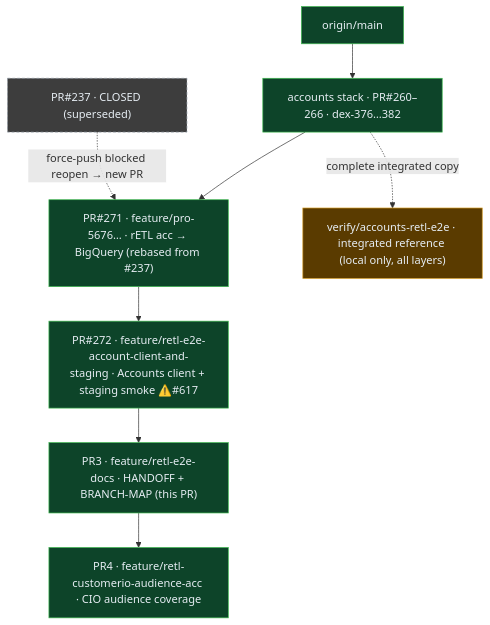
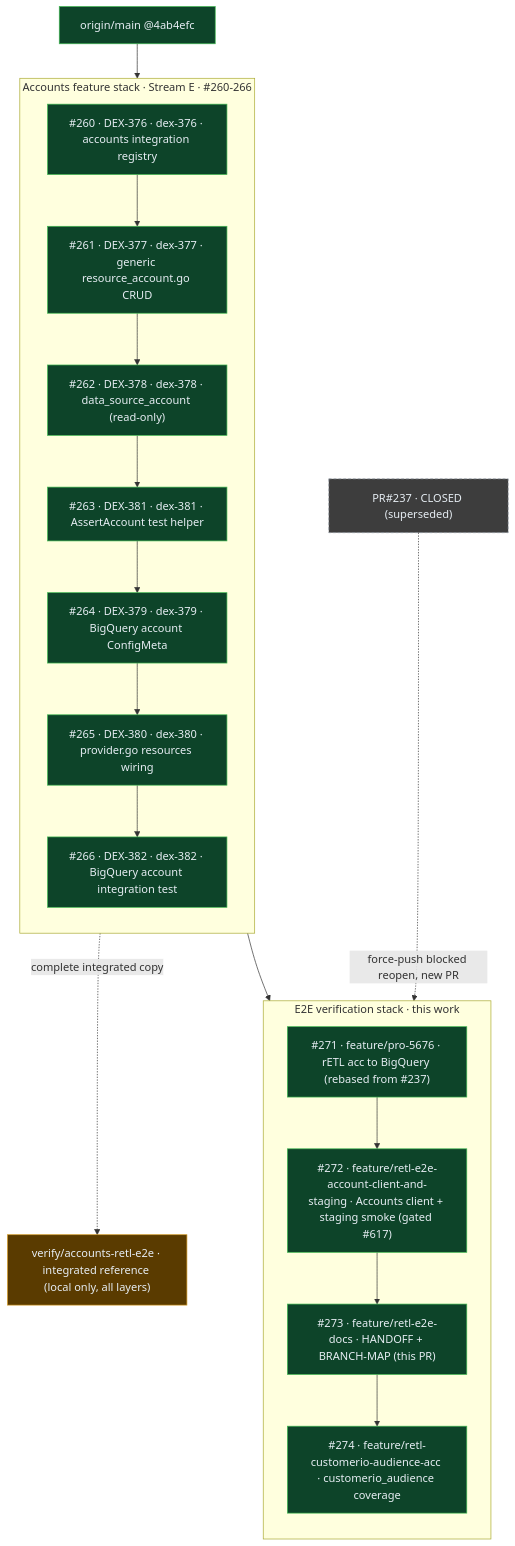
Before and after one commit to rudderlabs/terraform-provider-rudderstack: the second of 2 diagrams in test/e2e/staging/BRANCH-MAP.md, drawn with Mermaid. The commit also changed other lines of this file, not shown here.

First line of the commit message:
docs(e2e): expand BRANCH-MAP with full accounts stack (#260-266)

````diff
--- a/test/e2e/staging/BRANCH-MAP.md
+++ b/test/e2e/staging/BRANCH-MAP.md
@@ -34,19 +47,36 @@
 ```mermaid
 flowchart TD
-  main["origin/main"]:::remote
-  stack["accounts stack · PR#260–266 · dex-376…382"]:::remote
+  main["origin/main @4ab4efc"]:::remote
+
+  subgraph ACC["Accounts feature stack · Stream E · #260-266"]
+    direction TB
+    d376["#260 · DEX-376 · dex-376 · accounts integration registry"]:::remote
+    d377["#261 · DEX-377 · dex-377 · generic resource_account.go CRUD"]:::remote
+    d378["#262 · DEX-378 · dex-378 · data_source_account (read-only)"]:::remote
+    d381["#263 · DEX-381 · dex-381 · AssertAccount test helper"]:::remote
+    d379["#264 · DEX-379 · dex-379 · BigQuery account ConfigMeta"]:::remote
+    d380["#265 · DEX-380 · dex-380 · provider.go resources wiring"]:::remote
+    d382["#266 · DEX-382 · dex-382 · BigQuery account integration test"]:::remote
+    d376 --> d377 --> d378 --> d381 --> d379 --> d380 --> d382
+  end
+
+  subgraph VER["E2E verification stack · this work"]
+    direction TB
+    pr1["#271 · feature/pro-5676 · rETL acc to BigQuery (rebased from #237)"]:::remote
+    pr2["#272 · feature/retl-e2e-account-client-and-staging · Accounts client + staging smoke (gated #617)"]:::remote
+    pr3["#273 · feature/retl-e2e-docs · HANDOFF + BRANCH-MAP (this PR)"]:::remote
+    pr4["#274 · feature/retl-customerio-audience-acc · customerio_audience coverage"]:::remote
+    pr1 --> pr2 --> pr3 --> pr4
+  end
+
+  main --> d376
+  d382 --> pr1
   p237["PR#237 · CLOSED (superseded)"]:::closed
-  pr1["PR#271 · feature/pro-5676… · rETL acc → BigQuery (rebased from #237)"]:::remote
-  pr2["PR#272 · feature/retl-e2e-account-client-and-staging · Accounts client + staging smoke ⚠️#617"]:::remote
-  pr3["PR3 · feature/retl-e2e-docs · HANDOFF + BRANCH-MAP (this PR)"]:::remote
-  pr4["PR4 · feature/retl-customerio-audience-acc · CIO audience coverage"]:::remote
+  p237 -. "force-push blocked reopen, new PR" .-> pr1
   verify["verify/accounts-retl-e2e · integrated reference (local only, all layers)"]:::localonly
-
-  main --> stack --> pr1 --> pr2 --> pr3 --> pr4
-  p237 -. "force-push blocked reopen → new PR" .-> pr1
-  stack -. "complete integrated copy" .-> verify
+  d382 -. "complete integrated copy" .-> verify
 
   classDef remote fill:#0d4429,stroke:#3fb950,color:#e6edf3;
   classDef localonly fill:#5a3b00,stroke:#d29922,color:#e6edf3;
   classDef closed fill:#3d3d3d,stroke:#8b949e,color:#e6edf3,stroke-dasharray:4 3;
 ```
````
